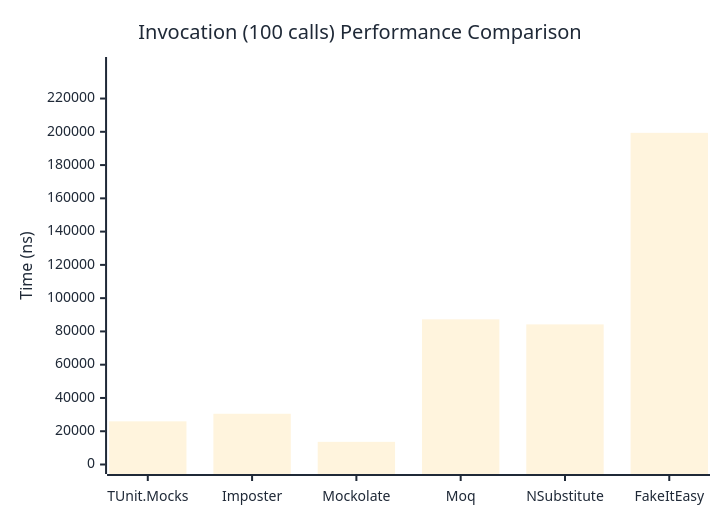
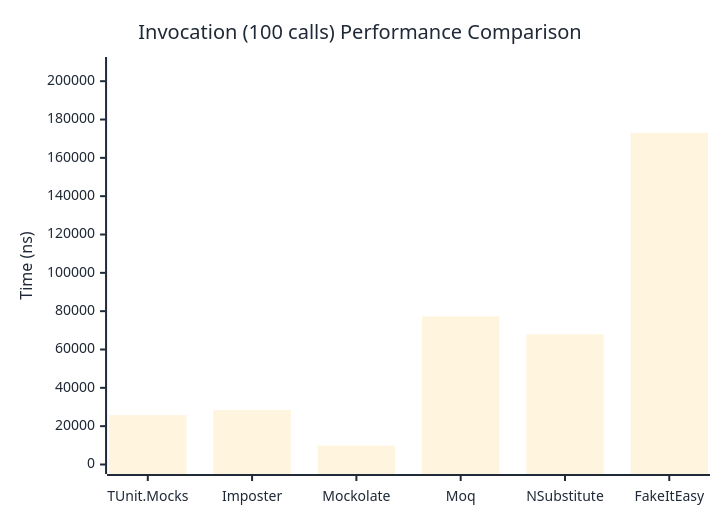
Before and after one commit to thomhurst/TUnit: the third of 3 diagrams in docs/docs/benchmarks/mocks/Invocation.md, drawn with Mermaid. The commit also changed other lines of this file and 14 other files, not shown here.

````diff
--- a/docs/docs/benchmarks/mocks/Invocation.md
+++ b/docs/docs/benchmarks/mocks/Invocation.md
@@ -110,27 +110,27 @@
 ```mermaid
 %%{init: {
   'theme':'base',
   'themeVariables': {
     'primaryColor': '#2563eb',
     'primaryTextColor': '#1f2937',
     'primaryBorderColor': '#1e40af',
     'lineColor': '#6b7280',
     'secondaryColor': '#7c3aed',
     'tertiaryColor': '#dc2626',
     'background': '#ffffff',
     'pie1': '#2563eb',
     'pie2': '#7c3aed',
     'pie3': '#dc2626',
     'pie4': '#f59e0b',
     'pie5': '#10b981',
     'pie6': '#06b6d4',
     'pie7': '#ec4899',
     'pie8': '#6366f1'
   }
 }}%%
 xychart-beta
   title "Invocation (100 calls) Performance Comparison"
   x-axis ["TUnit.Mocks", "Imposter", "Mockolate", "Moq", "NSubstitute", "FakeItEasy"]
-  y-axis "Time (ns)" 0 --> 239258
-  bar [25942.7, 30496.3, 13621.2, 87274.9, 84231.1, 199380.9]
+  y-axis "Time (ns)" 0 --> 207667
+  bar [25740.87, 28404.96, 9831.15, 77229.62, 67921.86, 173055.26]
 ```
````
